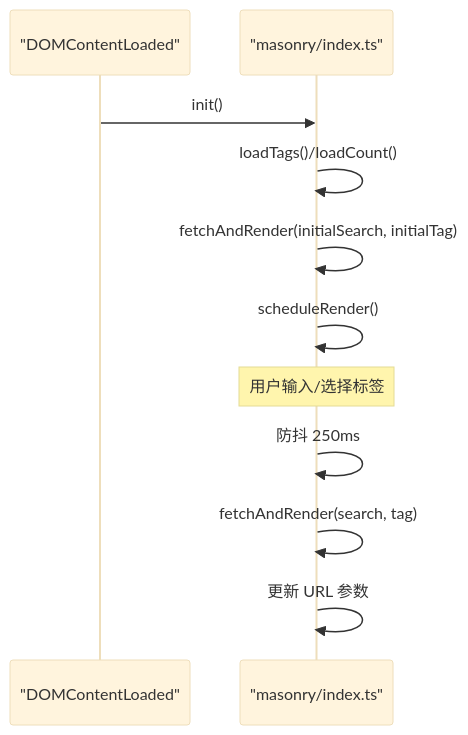
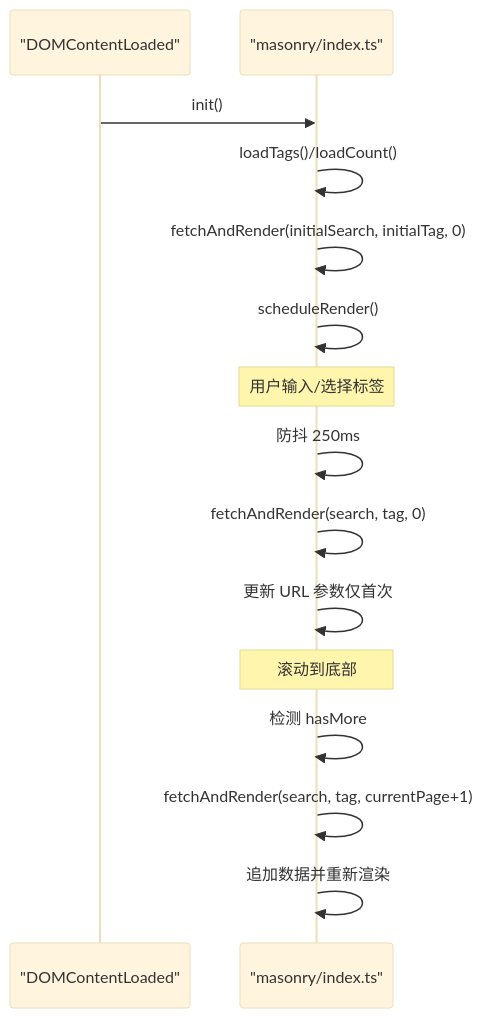
Before and after one commit to BlackBoxRecorder/memos: the ninth of 12 diagrams in .qoder/repowiki/zh/content/核心功能/瀑布流展示系统.md, drawn with Mermaid (base theme). The commit also changed other lines of this file and 6 other files, not shown here.

````diff
--- a/.qoder/repowiki/zh/content/核心功能/瀑布流展示系统.md
+++ b/.qoder/repowiki/zh/content/核心功能/瀑布流展示系统.md
@@ -239,13 +344,17 @@
 ```mermaid
 sequenceDiagram
 participant DOM as "DOMContentLoaded"
 participant M as "masonry/index.ts"
 DOM->>M : init()
 M->>M : loadTags()/loadCount()
-M->>M : fetchAndRender(initialSearch, initialTag)
+M->>M : fetchAndRender(initialSearch, initialTag, 0)
 M->>M : scheduleRender()
 Note over M : 用户输入/选择标签
 M->>M : 防抖 250ms
-M->>M : fetchAndRender(search, tag)
-M->>M : 更新 URL 参数
+M->>M : fetchAndRender(search, tag, 0)
+M->>M : 更新 URL 参数仅首次
+Note over M : 滚动到底部
+M->>M : 检测 hasMore
+M->>M : fetchAndRender(search, tag, currentPage+1)
+M->>M : 追加数据并重新渲染
 ```
````
